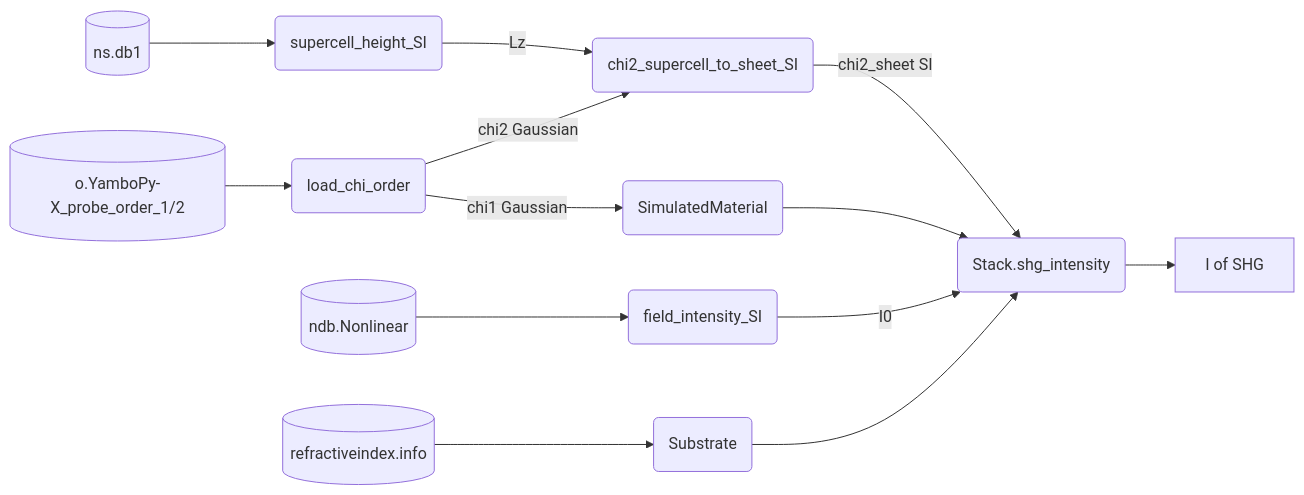
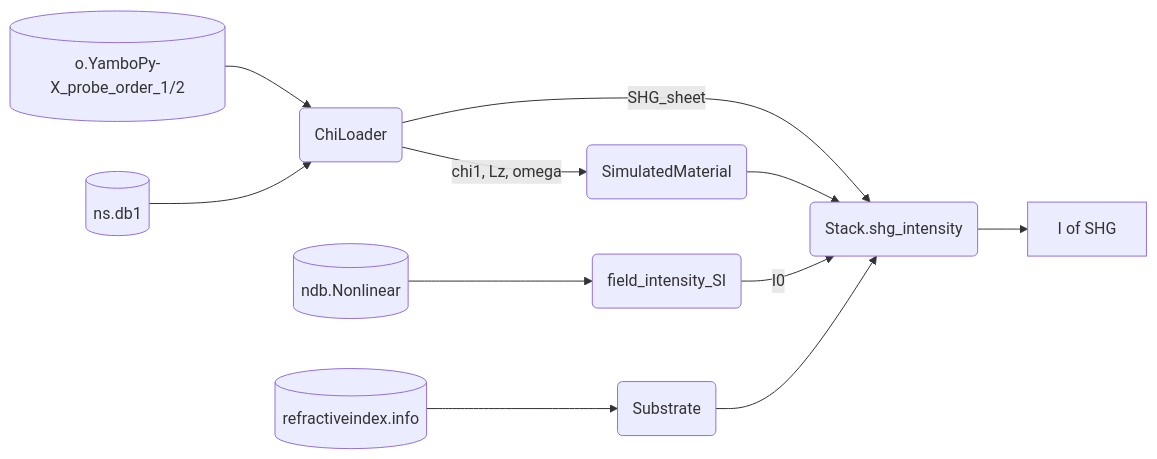
One commit to cnelson2006/yambopy changed the third of 3 diagrams in yambopy/nl/shg_intensity_doc.md. Above: the diagram before and after it, drawn with Mermaid. The commit also changed other lines of this file, not shown here.

First line of the commit message:
Refactor documentation for shg_intensity module

````diff
--- a/yambopy/nl/shg_intensity_doc.md
+++ b/yambopy/nl/shg_intensity_doc.md
@@ -142,12 +166,12 @@
 ```mermaid
 graph LR
-    F[(o.YamboPy-X_probe_order_1/2)] --> A(load_chi_order)
-    G[(ns.db1)] --> B(supercell_height_SI) -->|Lz| C(chi2_supercell_to_sheet_SI)
-    A -->|chi2 Gaussian| C -->|chi2_sheet SI| E(Stack.shg_intensity)
-    A -->|chi1 Gaussian| D(SimulatedMaterial)
+    F[(o.YamboPy-X_probe_order_1/2)] --> A(ChiLoader)
+    G[(ns.db1)] --> A
+    A -->|SHG_sheet| E(Stack.shg_intensity)
+    A -->|chi1, Lz, omega| D(SimulatedMaterial)
     H[(ndb.Nonlinear)] --> I(field_intensity_SI) -->|I0| E
     J[(refractiveindex.info)] --> K(Substrate)
     D --> E
     K --> E
     E --> O[I of SHG]
 ```
````
